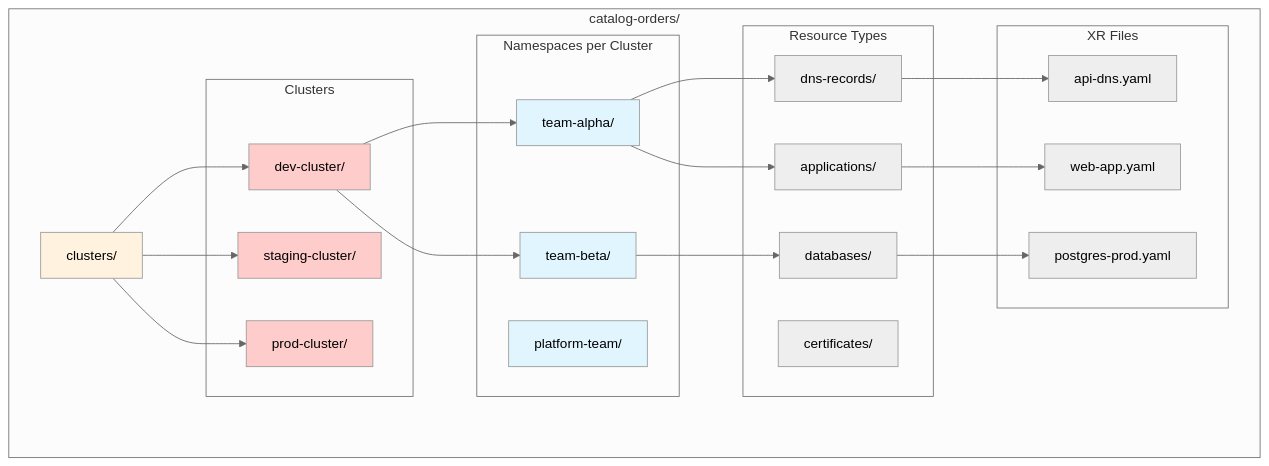
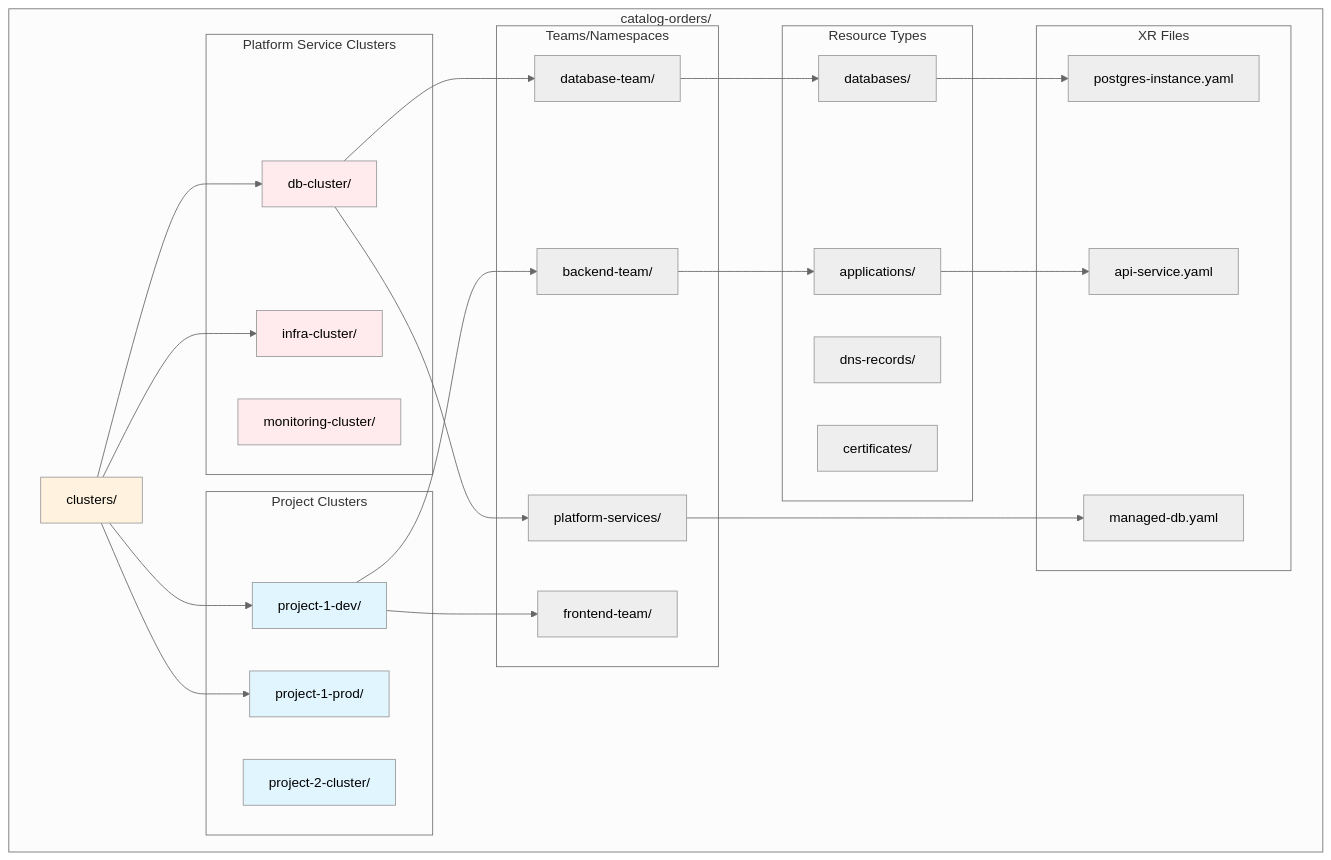
Before and after one commit to open-service-portal/portal-workspace: diagram 17 of 21 in docs/workflow.md, drawn with Mermaid (neutral theme). The commit also changed other lines of this file, not shown here.

First line of the commit message:
docs: restructure clusters to reflect service ownership model

````diff
--- a/docs/workflow.md
+++ b/docs/workflow.md
@@ -639,51 +658,60 @@
 ```mermaid
 graph TB
     subgraph "catalog-orders/"
         ROOT[clusters/]
         
-        subgraph "Clusters"
-            C1[dev-cluster/]
-            C2[staging-cluster/]
-            C3[prod-cluster/]
+        subgraph "Platform Service Clusters"
+            SC1[db-cluster/]
+            SC2[infra-cluster/]
+            SC3[monitoring-cluster/]
         end
         
-        subgraph "Namespaces per Cluster"
-            NS1[team-alpha/]
-            NS2[team-beta/]
-            NS3[platform-team/]
+        subgraph "Project Clusters"
+            PC1[project-1-dev/]
+            PC2[project-1-prod/]
+            PC3[project-2-cluster/]
+        end
+        
+        subgraph "Teams/Namespaces"
+            T1[database-team/]
+            T2[backend-team/]
+            T3[frontend-team/]
+            T4[platform-services/]
         end
         
         subgraph "Resource Types"
-            RT1[dns-records/]
+            RT1[databases/]
             RT2[applications/]
-            RT3[databases/]
+            RT3[dns-records/]
             RT4[certificates/]
         end
         
         subgraph "XR Files"
-            XR1[api-dns.yaml]
-            XR2[web-app.yaml]
-            XR3[postgres-prod.yaml]
+            XR1[postgres-instance.yaml]
+            XR2[api-service.yaml]
+            XR3[managed-db.yaml]
         end
     end
     
-    ROOT --> C1
-    ROOT --> C2
-    ROOT --> C3
-    C1 --> NS1
-    C1 --> NS2
-    NS1 --> RT1
-    NS1 --> RT2
+    ROOT --> SC1
+    ROOT --> SC2
+    ROOT --> PC1
+    ROOT --> PC2
+    SC1 --> T1
+    SC1 --> T4
+    PC1 --> T2
+    PC1 --> T3
+    T1 --> RT1
+    T2 --> RT2
     RT1 --> XR1
     RT2 --> XR2
-    NS2 --> RT3
-    RT3 --> XR3
+    T4 --> XR3
     
     style ROOT fill:#fff3e0
-    style C1 fill:#ffcccc
-    style C2 fill:#ffcccc
-    style C3 fill:#ffcccc
-    style NS1 fill:#e1f5fe
-    style NS2 fill:#e1f5fe
-    style NS3 fill:#e1f5fe
+    style SC1 fill:#ffebee
+    style SC2 fill:#ffebee
+    style SC3 fill:#ffebee
+    style PC1 fill:#e1f5fe
+    style PC2 fill:#e1f5fe
+    style PC3 fill:#e1f5fe
 ```
````
